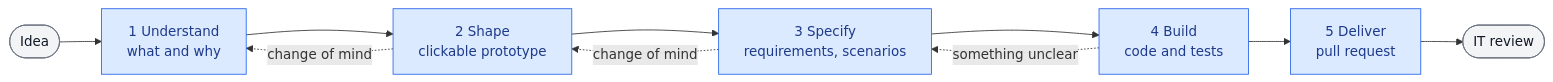
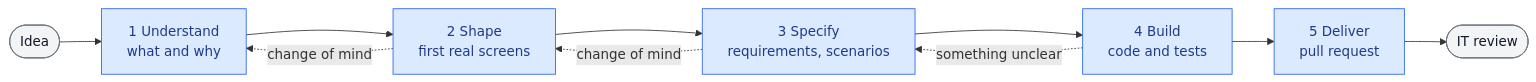
Before and after one commit to grojof/eunomai-business: the diagram in docs/guided-flows.md, drawn with Mermaid. The commit also changed other lines of this file and 44 other files, not shown here.

First line of the commit message:
Decision 7: the real application on the person's computer, and what the first Cowork test found (#43)

````diff
--- a/docs/guided-flows.md
+++ b/docs/guided-flows.md
@@ -32,17 +34,17 @@
 ```mermaid
 flowchart LR
     idea([Idea]) --> understand["1 Understand<br/>what and why"]
-    understand --> shape["2 Shape<br/>clickable prototype"]
+    understand --> shape["2 Shape<br/>first real screens"]
     shape --> specify["3 Specify<br/>requirements, scenarios"]
     specify --> build["4 Build<br/>code and tests"]
     build --> deliver["5 Deliver<br/>pull request"]
     deliver --> review([IT review])
     shape -. "change of mind" .-> understand
     specify -. "change of mind" .-> shape
     build -. "something unclear" .-> specify
 
     classDef action fill:#dbeafe,stroke:#2563eb,color:#1e3a8a
     classDef external fill:#f3f4f6,stroke:#6b7280,color:#111827
     class understand,shape,specify,build,deliver action
     class idea,review external
 ```
````
